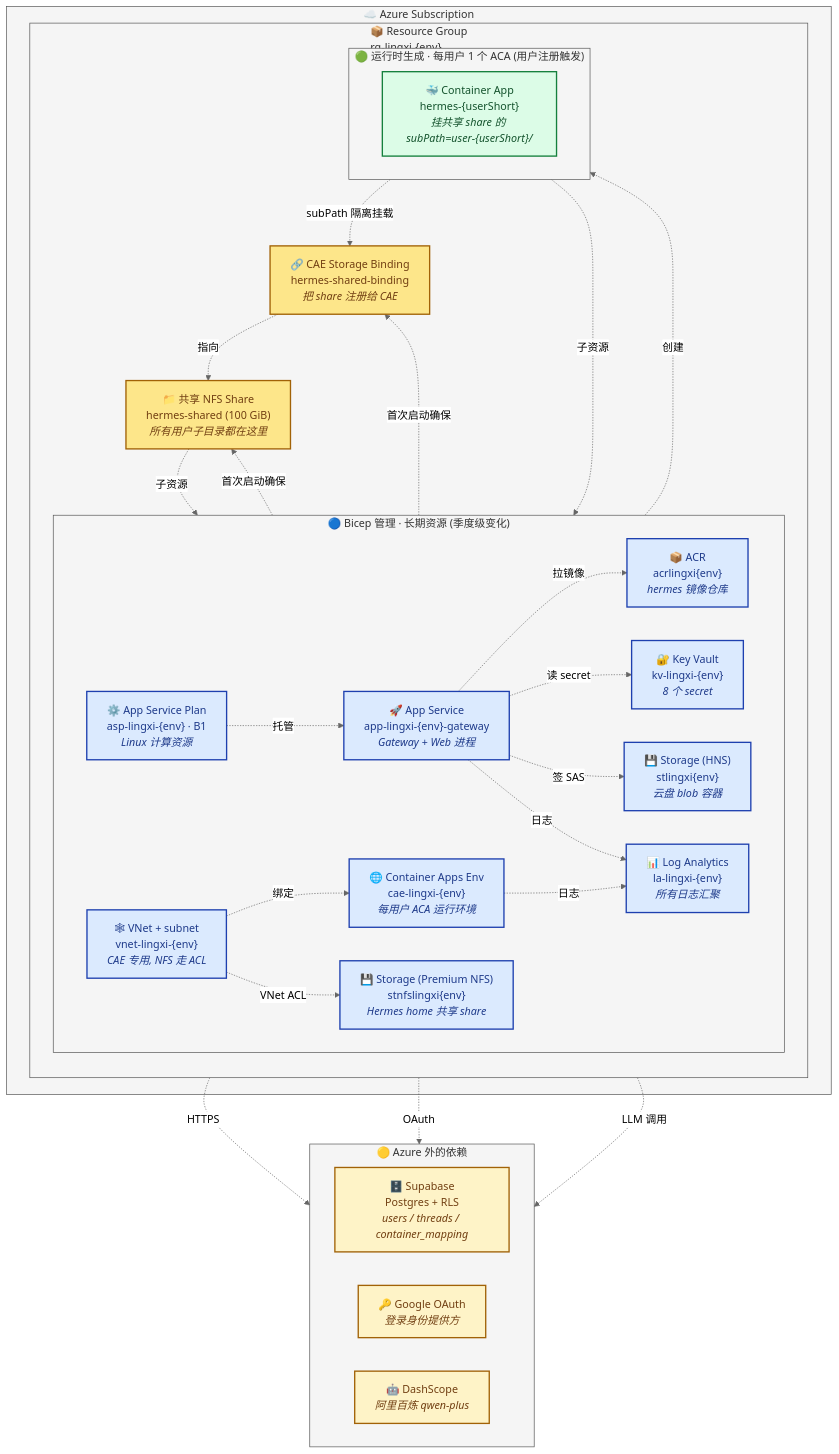
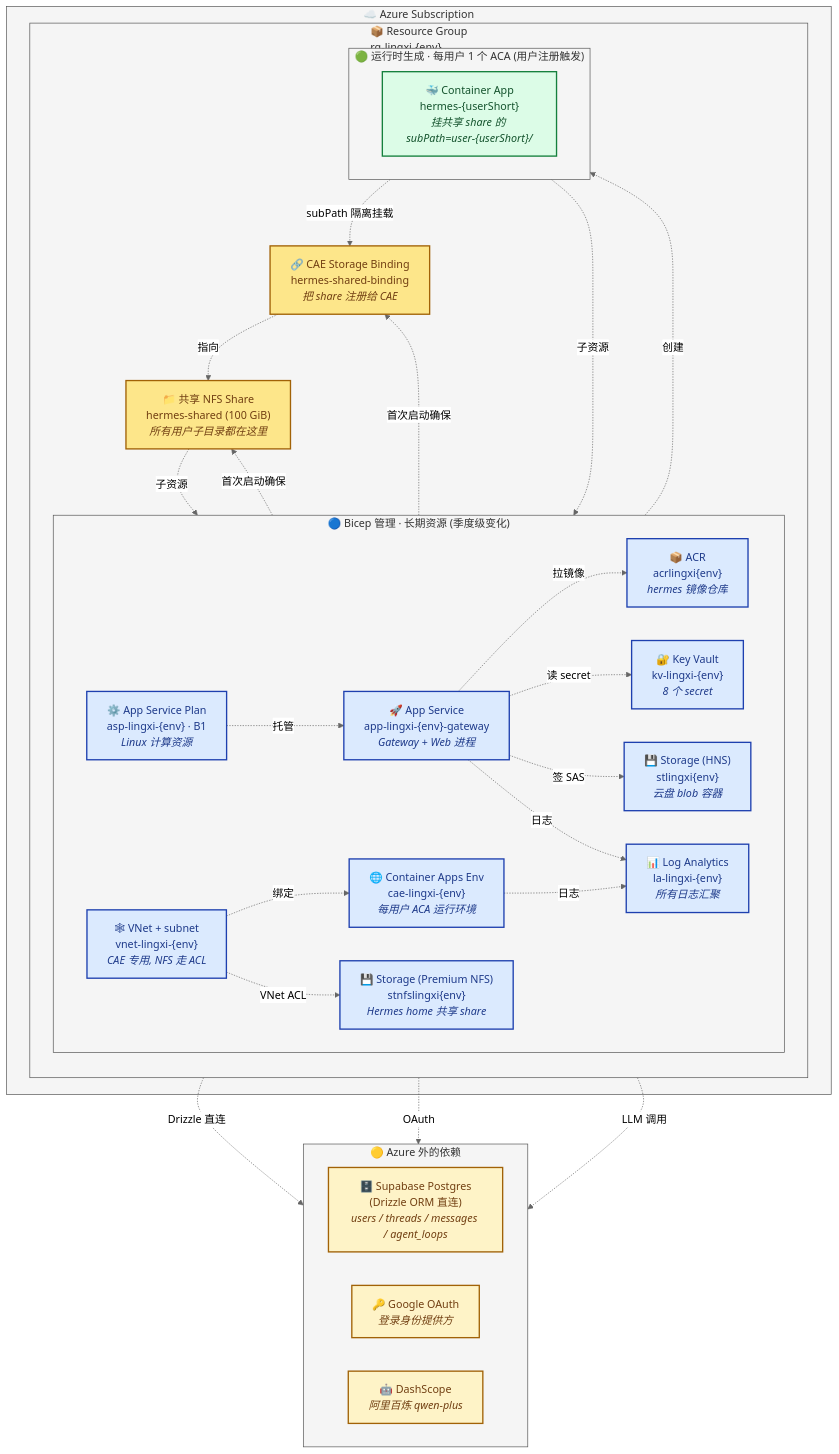
Before and after one commit to jiayiyan-AI/laifu: the diagram in docs/deployment.md, drawn with Mermaid (neutral theme). The commit also changed other lines of this file and 86 other files, not shown here.

````diff
--- a/docs/deployment.md
+++ b/docs/deployment.md
@@ -140,68 +141,68 @@
 ```mermaid
 flowchart TB
     subgraph SUB["☁️ Azure Subscription"]
         subgraph RG["📦 Resource Group<br/>rg-lingxi-{env}"]
             direction TB
 
             subgraph IaC["🔵 Bicep 管理 · 长期资源 (季度级变化)"]
                 direction LR
                 LA["📊 Log Analytics<br/>la-lingxi-{env}<br/><i>所有日志汇聚</i>"]
                 KV["🔐 Key Vault<br/>kv-lingxi-{env}<br/><i>8 个 secret</i>"]
                 ACR["📦 ACR<br/>acrlingxi{env}<br/><i>hermes 镜像仓库</i>"]
                 SA_BLOB["💾 Storage (HNS)<br/>stlingxi{env}<br/><i>云盘 blob 容器</i>"]
                 SA_NFS["💾 Storage (Premium NFS)<br/>stnfslingxi{env}<br/><i>Hermes home 共享 share</i>"]
                 VNET["🕸 VNet + subnet<br/>vnet-lingxi-{env}<br/><i>CAE 专用, NFS 走 ACL</i>"]
                 CAE["🌐 Container Apps Env<br/>cae-lingxi-{env}<br/><i>每用户 ACA 运行环境</i>"]
                 ASP["⚙️ App Service Plan<br/>asp-lingxi-{env} · B1<br/><i>Linux 计算资源</i>"]
                 APP["🚀 App Service<br/>app-lingxi-{env}-gateway<br/><i>Gateway + Web 进程</i>"]
                 ASP -.托管.-> APP
                 VNET -.绑定.-> CAE
                 VNET -.VNet ACL.-> SA_NFS
             end
 
             subgraph Runtime["🟢 运行时生成 · 每用户 1 个 ACA (用户注册触发)"]
                 direction LR
                 ACA["🐳 Container App<br/>hermes-{userShort}<br/><i>挂共享 share 的 subPath=user-{userShort}/</i>"]
             end
 
             SHARED["📁 共享 NFS Share<br/>hermes-shared (100 GiB)<br/><i>所有用户子目录都在这里</i>"]
             BIND["🔗 CAE Storage Binding<br/>hermes-shared-binding<br/><i>把 share 注册给 CAE</i>"]
             SHARED -.子资源.-> SA_NFS
             BIND -.指向.-> SHARED
             ACA -.subPath 隔离挂载.-> BIND
 
             APP -.创建.-> ACA
             APP -.首次启动确保.-> SHARED
             APP -.首次启动确保.-> BIND
             APP -.拉镜像.-> ACR
             APP -.读 secret.-> KV
             APP -.签 SAS.-> SA_BLOB
             ACA -.子资源.-> CAE
             CAE -.日志.-> LA
             APP -.日志.-> LA
         end
     end
 
     subgraph External["🟡 Azure 外的依赖"]
         direction LR
-        SUPA["🗄️ Supabase<br/>Postgres + RLS<br/><i>users / threads / container_mapping</i>"]
+        SUPA["🗄️ Supabase Postgres<br/>(Drizzle ORM 直连)<br/><i>users / threads / messages / agent_loops</i>"]
         GOOG["🔑 Google OAuth<br/><i>登录身份提供方</i>"]
         DASH["🤖 DashScope<br/><i>阿里百炼 qwen-plus</i>"]
     end
 
-    APP -.HTTPS.-> SUPA
+    APP -.Drizzle 直连.-> SUPA
     APP -.OAuth.-> GOOG
     ACA -.LLM 调用.-> DASH
 
     classDef bicep fill:#dbeafe,stroke:#1e40af,stroke-width:2px,color:#1e3a8a
     classDef runtime fill:#dcfce7,stroke:#15803d,stroke-width:2px,color:#14532d
     classDef shared fill:#fde68a,stroke:#a16207,stroke-width:2px,color:#713f12
     classDef external fill:#fef3c7,stroke:#a16207,stroke-width:2px,color:#713f12
     classDef boundary fill:#f5f5f5,stroke:#525252,stroke-width:1px
 
     class LA,KV,ACR,SA_BLOB,SA_NFS,VNET,CAE,ASP,APP bicep
     class ACA runtime
     class SHARED,BIND shared
     class SUPA,GOOG,DASH external
     class IaC,Runtime,External,RG,SUB boundary
 ```
````
